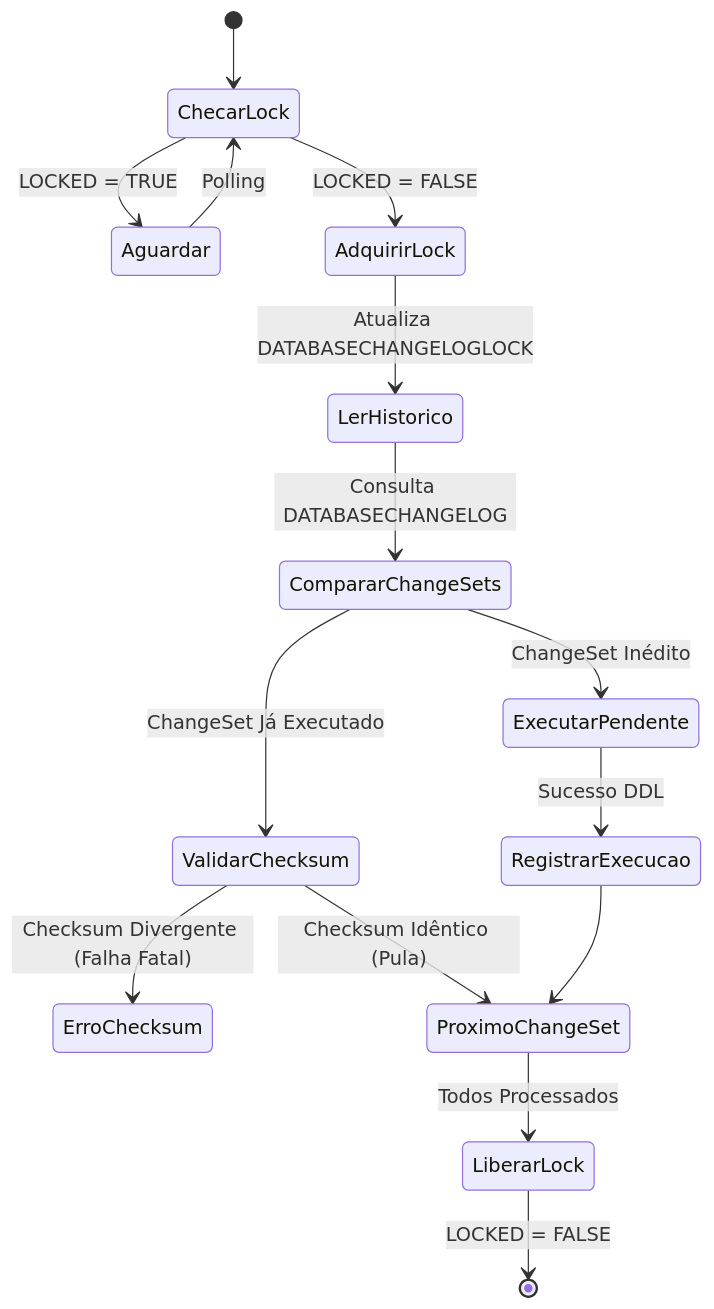
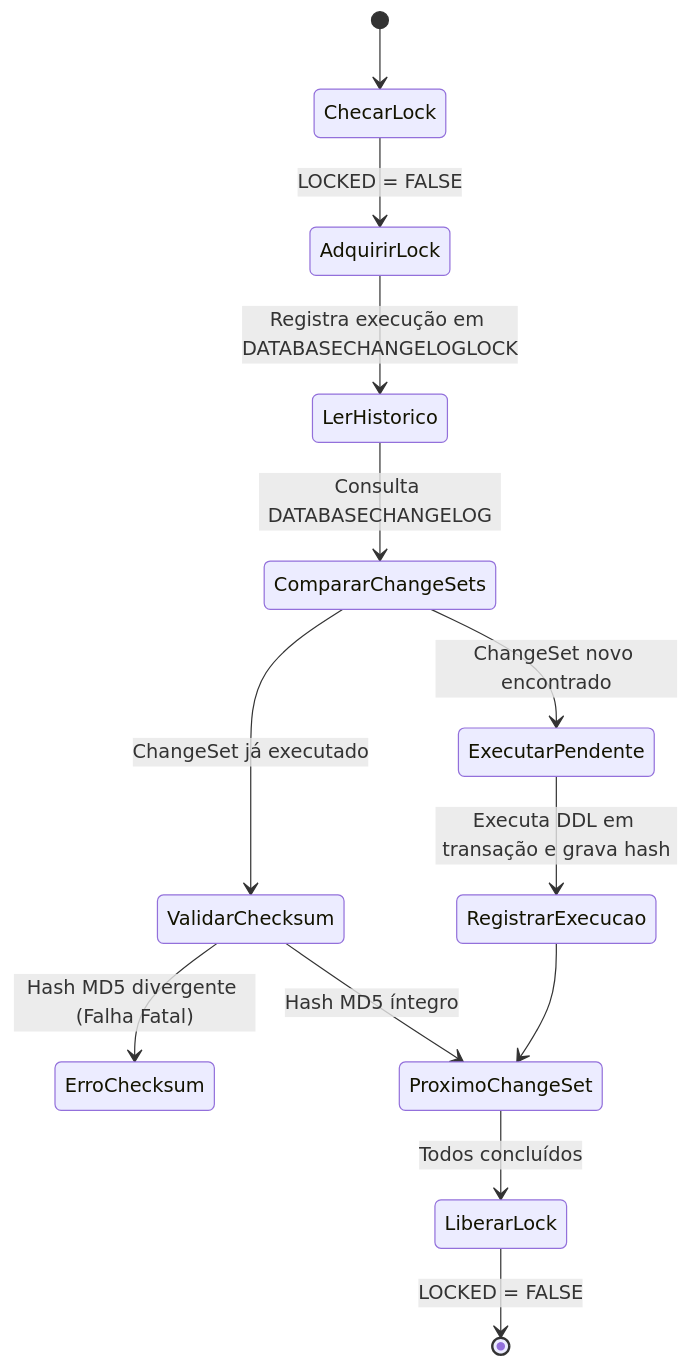
Diagram 19 of 31 in 4º Semestre/[Prof. Jefferson Passerini] Laboratório de Programação IV/Resumos-IA/Caderno-Consolidado.md (murilolol/unifef), drawn with Mermaid before and after one commit. The commit also changed other lines of this file and 58 other files, not shown here.

````diff
--- a/4º Semestre/[Prof. Jefferson Passerini] Laboratório de Programação IV/Resumos-IA/Caderno-Consolidado.md
+++ b/4º Semestre/[Prof. Jefferson Passerini] Laboratório de Programação IV/Resumos-IA/Caderno-Consolidado.md
@@ -563,17 +978,15 @@
 ```mermaid
 stateDiagram-v2
-  [*] --> ChecarLock
-  ChecarLock --> Aguardar: LOCKED = TRUE
-  Aguardar --> ChecarLock: Polling
-  ChecarLock --> AdquirirLock: LOCKED = FALSE
-  AdquirirLock --> LerHistorico: Atualiza DATABASECHANGELOGLOCK
-  LerHistorico --> CompararChangeSets: Consulta DATABASECHANGELOG
-  CompararChangeSets --> ExecutarPendente: ChangeSet Inédito
-  CompararChangeSets --> ValidarChecksum: ChangeSet Já Executado
-  ValidarChecksum --> ErroChecksum: Checksum Divergente (Falha Fatal)
-  ValidarChecksum --> ProximoChangeSet: Checksum Idêntico (Pula)
-  ExecutarPendente --> RegistrarExecucao: Sucesso DDL
-  RegistrarExecucao --> ProximoChangeSet
-  ProximoChangeSet --> LiberarLock: Todos Processados
-  LiberarLock --> [*]: LOCKED = FALSE
+    [*] --> ChecarLock
+    ChecarLock --> AdquirirLock : LOCKED = FALSE
+    AdquirirLock --> LerHistorico : Registra execução em DATABASECHANGELOGLOCK
+    LerHistorico --> CompararChangeSets : Consulta DATABASECHANGELOG
+    CompararChangeSets --> ExecutarPendente : ChangeSet novo encontrado
+    CompararChangeSets --> ValidarChecksum : ChangeSet já executado
+    ValidarChecksum --> ErroChecksum : Hash MD5 divergente (Falha Fatal)
+    ValidarChecksum --> ProximoChangeSet : Hash MD5 íntegro
+    ExecutarPendente --> RegistrarExecucao : Executa DDL em transação e grava hash
+    RegistrarExecucao --> ProximoChangeSet
+    ProximoChangeSet --> LiberarLock : Todos concluídos
+    LiberarLock --> [*] : LOCKED = FALSE
 ```
````
